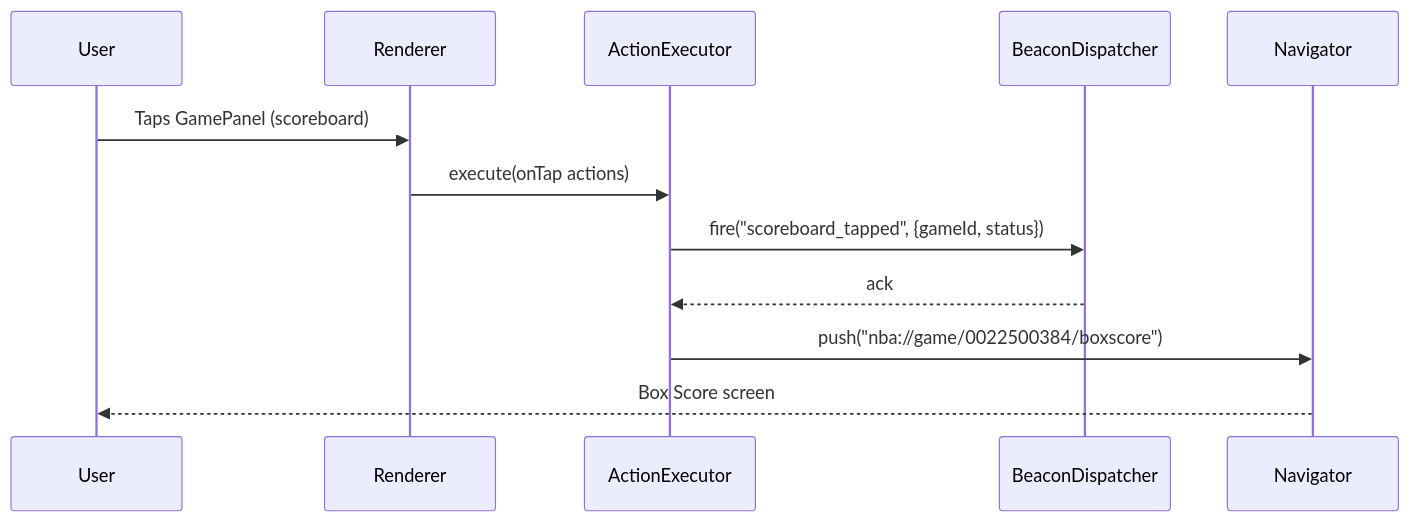
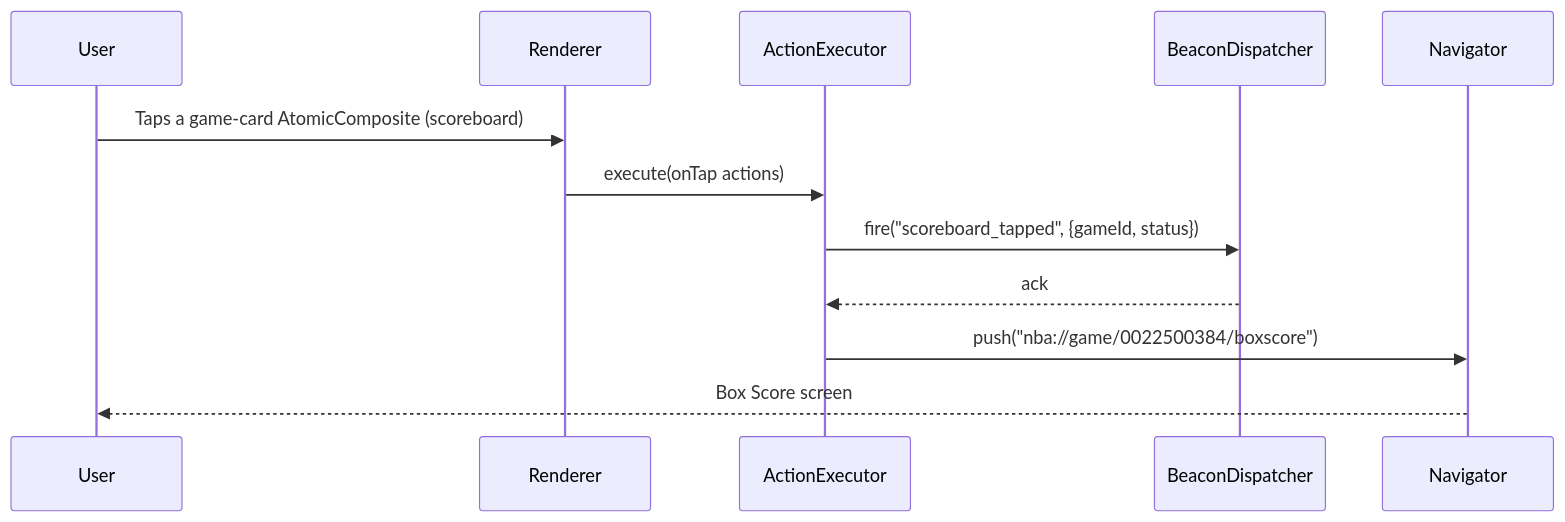
One commit to bakburner/sdui-learn changed the fourth of 12 diagrams in docs/sdui-requirements-summary.md. Above: the diagram before and after it, drawn with Mermaid. The commit also changed other lines of this file and 112 other files, not shown here.

First line of the commit message:
docs: GamePanel → AtomicComposite migration + comment sweep

````diff
--- a/docs/sdui-requirements-summary.md
+++ b/docs/sdui-requirements-summary.md
@@ -341,15 +318,15 @@
 ```mermaid
 sequenceDiagram
     participant User
     participant Renderer
     participant ActionExecutor
     participant BeaconDispatcher
     participant Navigator
 
-    User->>Renderer: Taps GamePanel (scoreboard)
+    User->>Renderer: Taps a game-card AtomicComposite (scoreboard)
     Renderer->>ActionExecutor: execute(onTap actions)
     ActionExecutor->>BeaconDispatcher: fire("scoreboard_tapped", {gameId, status})
     BeaconDispatcher-->>ActionExecutor: ack
     ActionExecutor->>Navigator: push("nba://game/0022500384/boxscore")
     Navigator-->>User: Box Score screen
 ```
````
